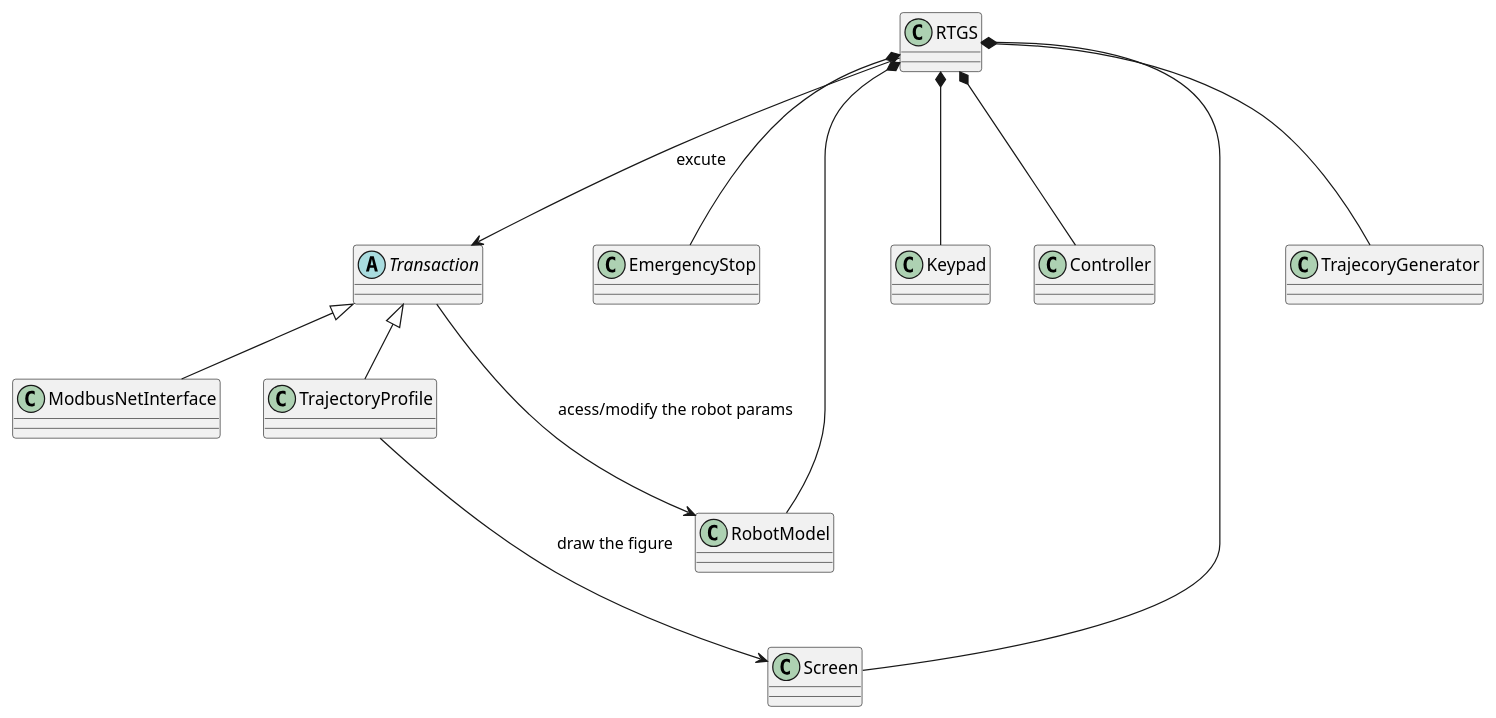
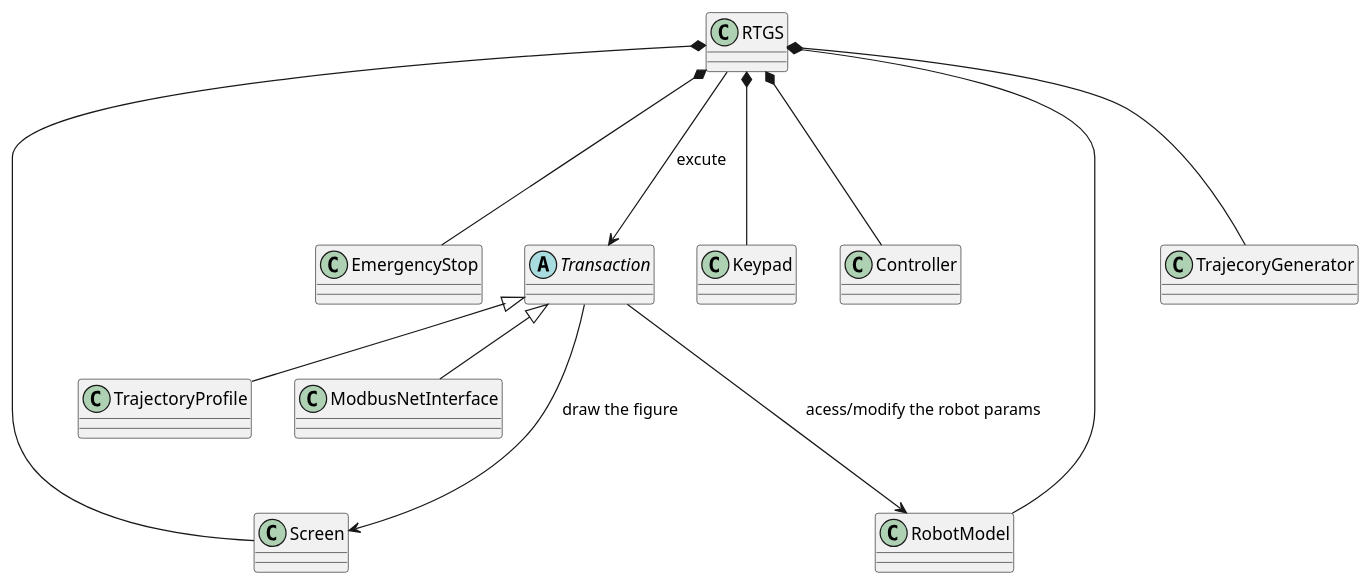
Before and after one commit to MarcioFreitasUFSC21/RTGS-Master-Course-System: the diagram in classesRTGS.plantuml, drawn with PlantUML.

Commit message:
The general class diagram altered

```diff
--- a/classesRTGS.plantuml
+++ b/classesRTGS.plantuml
@@ -1,14 +1,14 @@
 @startuml
 abstract class "Transaction"
 RTGS *---EmergencyStop
 RTGS *---Screen
 RTGS *---Keypad
 RTGS *---Controller
 RTGS *--- RobotModel
 RTGS *--- TrajecoryGenerator
 RTGS ---> "Transaction" : excute
 "Transaction" <|-- TrajectoryProfile
 "Transaction" <|-- ModbusNetInterface
 "Transaction" ---> RobotModel : acess/modify the robot params
-TrajectoryProfile ---> Screen : draw the figure
+"Transaction" ---> Screen : draw the figure
 @enduml
```
